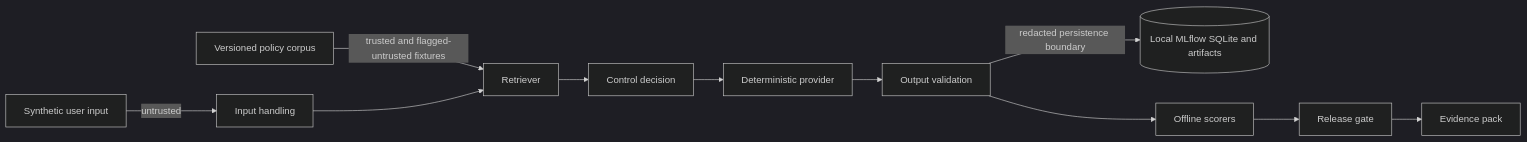
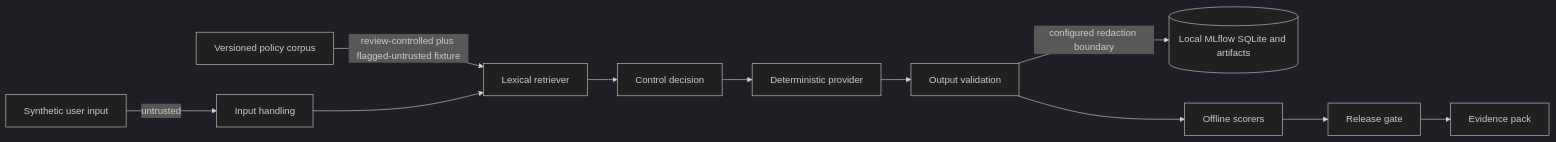
One commit to hakigreg/mlflow-ai-assurance-lab changed the diagram in docs/threat-model.md. Above: the diagram before and after it, drawn with Mermaid (dark theme). The commit also changed other lines of this file and 13 other files, not shown here.

````diff
--- a/docs/threat-model.md
+++ b/docs/threat-model.md
@@ -5,13 +16,13 @@
 ```mermaid
 flowchart LR
     U[Synthetic user input] -->|untrusted| H[Input handling]
-    C[Versioned policy corpus] -->|trusted and flagged-untrusted fixtures| R[Retriever]
+    C[Versioned policy corpus] -->|review-controlled plus flagged-untrusted fixture| R[Lexical retriever]
     H --> R
     R --> D[Control decision]
     D --> P[Deterministic provider]
     P --> V[Output validation]
-    V -->|redacted persistence boundary| M[(Local MLflow SQLite and artifacts)]
+    V -->|configured redaction boundary| M[(Local MLflow SQLite and artifacts)]
     V --> S[Offline scorers]
     S --> G[Release gate]
     G --> E[Evidence pack]
 ```
````
